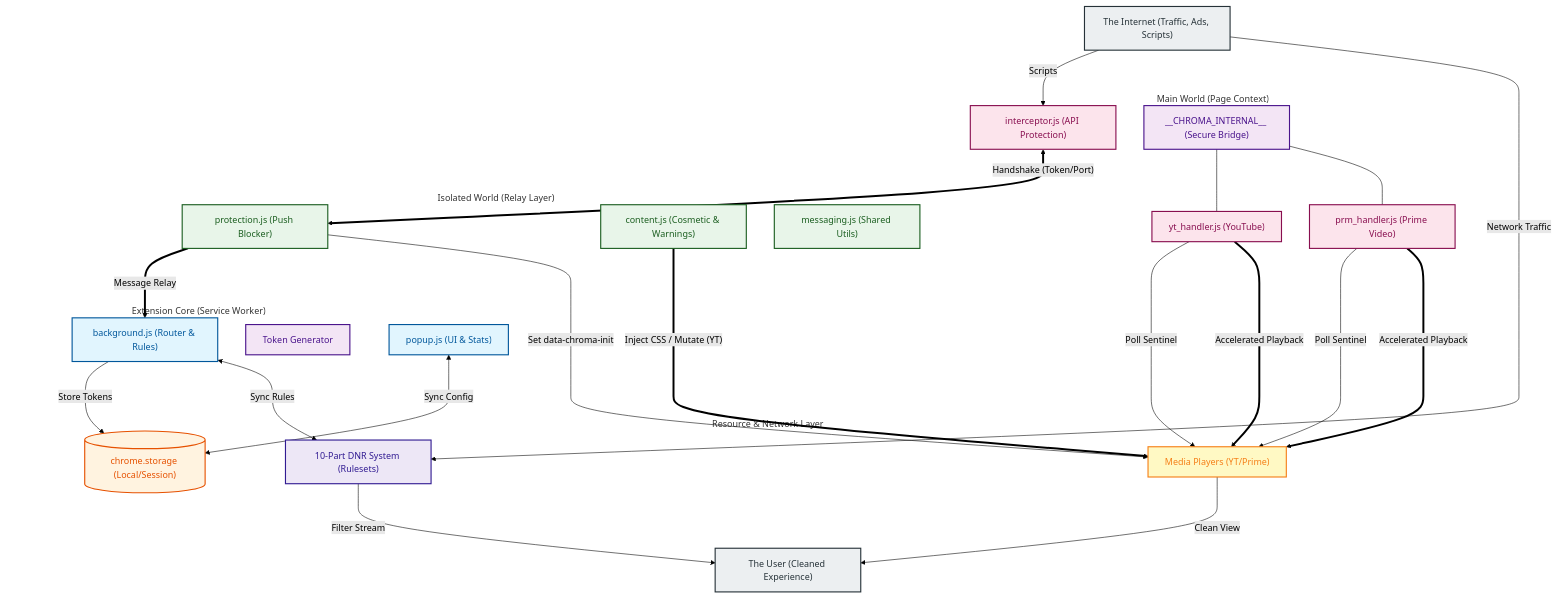
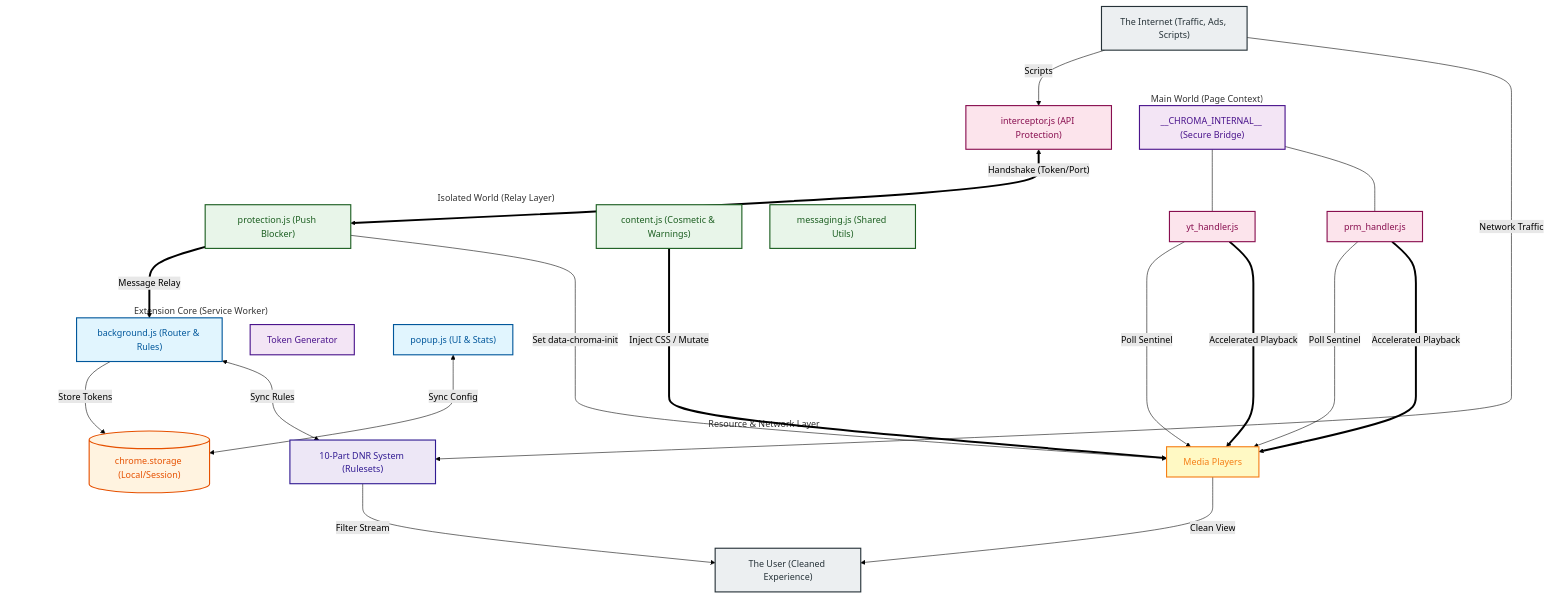
One commit to Dabrogost/Chroma-Ad-Blocker changed the diagram in README.md. Above: the diagram before and after it, drawn with Mermaid (forest theme). The commit also changed other lines of this file, not shown here.

````diff
--- a/README.md
+++ b/README.md
@@ -22,76 +22,76 @@
 ```mermaid
 graph TD
     classDef sw fill:#e1f5fe,color:#01579b,stroke:#01579b,stroke-width:2px
     classDef storage fill:#fff3e0,color:#e65100,stroke:#e65100,stroke-width:2px
     classDef isolated fill:#e8f5e9,color:#1b5e20,stroke:#1b5e20,stroke-width:2px
     classDef main fill:#fce4ec,color:#880e4f,stroke:#880e4f,stroke-width:2px
     classDef dnr fill:#ede7f6,color:#311b92,stroke:#311b92,stroke-width:2px
     classDef dom fill:#fff9c4,color:#f57f17,stroke:#f57f17,stroke-width:2px
     classDef secure fill:#f3e5f5,color:#4a148c,stroke:#4a148c,stroke-width:2px
     classDef actor fill:#eceff1,color:#263238,stroke:#263238,stroke-width:2px
 
     %% --- LAYER 0: ENTRANCE ---
     INTERNET["The Internet (Traffic, Ads, Scripts)"]:::actor
 
     %% --- LAYER 1: MAIN WORLD (Execution Context) ---
     subgraph MW["Main World (Page Context)"]
         INTERCEPT["interceptor.js (API Protection)"]:::main
-        YT_H["yt_handler.js (YouTube)"]:::main
-        PRM_H["prm_handler.js (Prime Video)"]:::main
+        YT_H["yt_handler.js"]:::main
+        PRM_H["prm_handler.js"]:::main
         BRIDGE["__CHROMA_INTERNAL__ (Secure Bridge)"]:::secure
     end
 
     %% --- LAYER 2: ISOLATED WORLD (Extension Context) ---
     subgraph IW["Isolated World (Relay Layer)"]
         PROT["protection.js (Push Blocker)"]:::isolated
         CONT["content.js (Cosmetic & Warnings)"]:::isolated
         MSG_U["messaging.js (Shared Utils)"]:::isolated
     end
 
     %% --- LAYER 3: SERVICE WORKER CORE ---
     subgraph SW["Extension Core (Service Worker)"]
         BG["background.js (Router & Rules)"]:::sw
         TOKEN_G["Token Generator"]:::secure
     end
 
     %% --- LAYER 4: INFRASTRUCTURE ---
     subgraph System["Resource & Network Layer"]
         STORAGE[("chrome.storage (Local/Session)")]:::storage
         DNR["10-Part DNR System (Rulesets)"]:::dnr
-        PLAYER["Media Players (YT/Prime)"]:::dom
+        PLAYER["Media Players"]:::dom
     end
 
     %% --- LAYER 5: UI ---
     POPUP["popup.js (UI & Stats)"]:::sw
     USER["The User (Cleaned Experience)"]:::actor
 
     %% --- PIPELINE FLOW ---
     INTERNET -- "Scripts" --> INTERCEPT
     INTERNET -- "Network Traffic" --> DNR
     
     INTERCEPT <==>|"Handshake (Token/Port)"| PROT
     PROT ==>|"Message Relay"| BG
     BG -- "Store Tokens" --> STORAGE
     
     PROT -- "Set data-chroma-init" --> PLAYER
     YT_H -- "Poll Sentinel" --> PLAYER
     PRM_H -- "Poll Sentinel" --> PLAYER
     
     BRIDGE --- YT_H
     BRIDGE --- PRM_H
     YT_H ==>|"Accelerated Playback"| PLAYER
     PRM_H ==>|"Accelerated Playback"| PLAYER
     
-    CONT ==>|"Inject CSS / Mutate (YT)"| PLAYER
+    CONT ==>|"Inject CSS / Mutate"| PLAYER
     DNR -- "Filter Stream" --> USER
     PLAYER -- "Clean View" --> USER
     
     POPUP <-->|"Sync Config"| STORAGE
     BG <-->|"Sync Rules"| DNR
 
     %% Style Tweaks
     style MW fill:none,stroke:none
     style IW fill:none,stroke:none
     style SW fill:none,stroke:none
     style System fill:none,stroke:none
 ```
````
